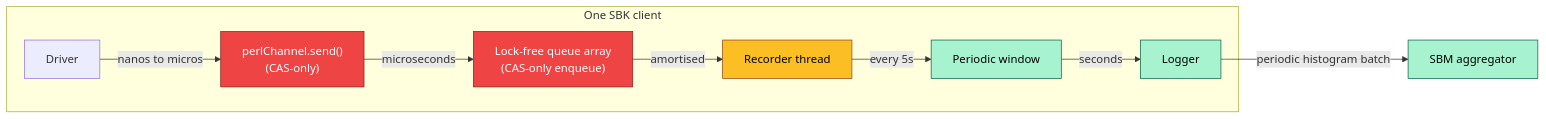
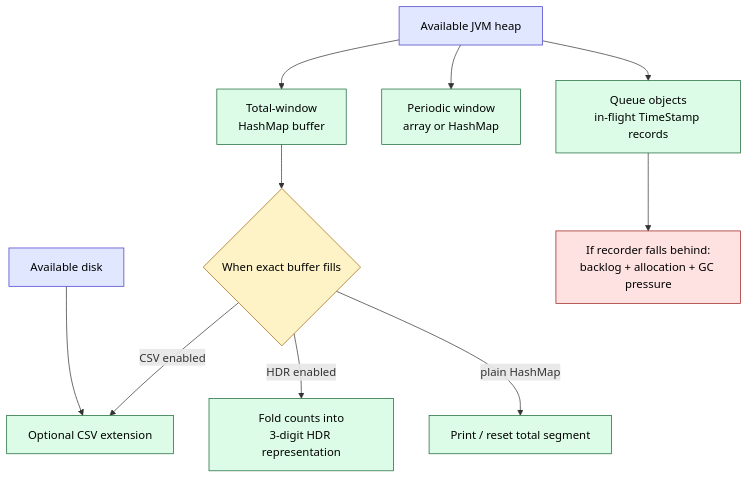
Diagram 25 of 36 in docs/sbk-internals.md (kmgowda/SBK), drawn with Mermaid before and after one commit. The commit also changed other lines of this file and 1 other file, not shown here.

Commit message:
Improve SBK internals architecture guide

````diff
--- a/docs/sbk-internals.md
+++ b/docs/sbk-internals.md
@@ -1412,18 +1894,21 @@
 ```mermaid
-flowchart LR
-    subgraph CLIENT["One SBK client"]
-        DRV["Driver"] -->|nanos to micros| HOT["perlChannel.send()<br/>(CAS-only)"]
-        HOT -->|microseconds| Q["Lock-free queue array<br/>(CAS-only enqueue)"]
-        Q -->|amortised| REC["Recorder thread"]
-        REC -->|every 5s| WIN["Periodic window"]
-        WIN -->|seconds| LOG["Logger"]
-    end
-    LOG -->|periodic histogram batch| SBM["SBM aggregator"]
+flowchart TD
+    HEAP["Available JVM heap"] --> QUEUE["Queue objects<br/>in-flight TimeStamp records"]
+    HEAP --> PERIODIC["Periodic window<br/>array or HashMap"]
+    HEAP --> TOTAL["Total-window<br/>HashMap buffer"]
+    DISK["Available disk"] --> CSV["Optional CSV extension"]
+    TOTAL --> MODE{"When exact buffer fills"}
+    MODE -->|plain HashMap| FLUSH["Print / reset total segment"]
+    MODE -->|HDR enabled| HDR["Fold counts into<br/>3-digit HDR representation"]
+    MODE -->|CSV enabled| CSV
+    QUEUE --> PRESSURE["If recorder falls behind:<br/>backlog + allocation + GC pressure"]
 
-    classDef hot fill:#ef4444,color:#fff,stroke:#7f1d1d
-    classDef warm fill:#fbbf24,color:#000,stroke:#92400e
-    classDef cool fill:#a7f3d0,color:#000,stroke:#065f46
-    class HOT,Q hot
-    class REC warm
-    class WIN,LOG,SBM cool
+    classDef resource fill:#e0e7ff,stroke:#4338ca,color:#000
+    classDef structure fill:#dcfce7,stroke:#166534,color:#000
+    classDef decision fill:#fef3c7,stroke:#a16207,color:#000
+    classDef risk fill:#fee2e2,stroke:#991b1b,color:#000
+    class HEAP,DISK resource
+    class QUEUE,PERIODIC,TOTAL,HDR,CSV,FLUSH structure
+    class MODE decision
+    class PRESSURE risk
 ```
````
